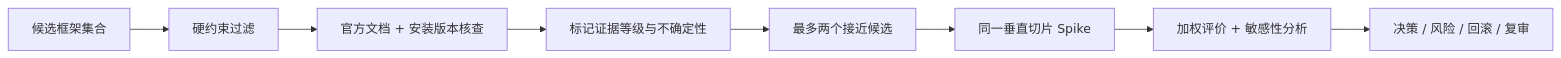
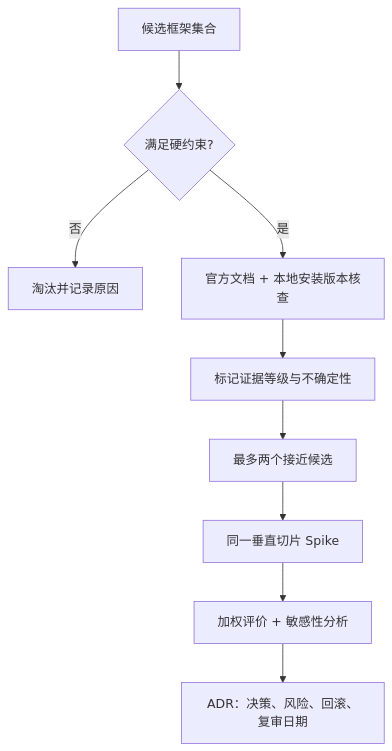
Before and after one commit to wujinjun/ai-agent-book: the sixth of 6 diagrams in docs/part-07-advanced/ch38-selection-guide.md, drawn with Mermaid. The commit also changed other lines of this file and 536 other files, not shown here.

````diff
--- a/docs/part-07-advanced/ch38-selection-guide.md
+++ b/docs/part-07-advanced/ch38-selection-guide.md
@@ -188,13 +197,14 @@
 ```mermaid
 %% id: framework-selection-evidence-funnel
 %% title: 框架选型证据漏斗
 %% alt: 所有候选先经过硬约束过滤，再做官方文档与本地版本核查，对证据不足且接近者执行同一Spike，最后加权评价并形成可回滚ADR
-flowchart LR
-    Candidates["候选框架集合"] --> Hard["硬约束过滤"]
-    Hard --> Verify["官方文档 + 安装版本核查"]
-    Verify --> Unknown["标记证据等级与不确定性"]
-    Unknown --> Shortlist["最多两个接近候选"]
+flowchart TB
+    Candidates["候选框架集合"] --> Hard{"满足硬约束?"}
+    Hard -->|否| Eliminate["淘汰并记录原因"]
+    Hard -->|是| Verify["官方文档 + 本地安装版本核查"]
+    Verify --> Evidence["标记证据等级与不确定性"]
+    Evidence --> Shortlist["最多两个接近候选"]
     Shortlist --> Spike["同一垂直切片 Spike"]
     Spike --> Score["加权评价 + 敏感性分析"]
-    Score --> ADR["决策 / 风险 / 回滚 / 复审"]
+    Score --> ADR["ADR：决策、风险、回滚、复审日期"]
 ```
````
